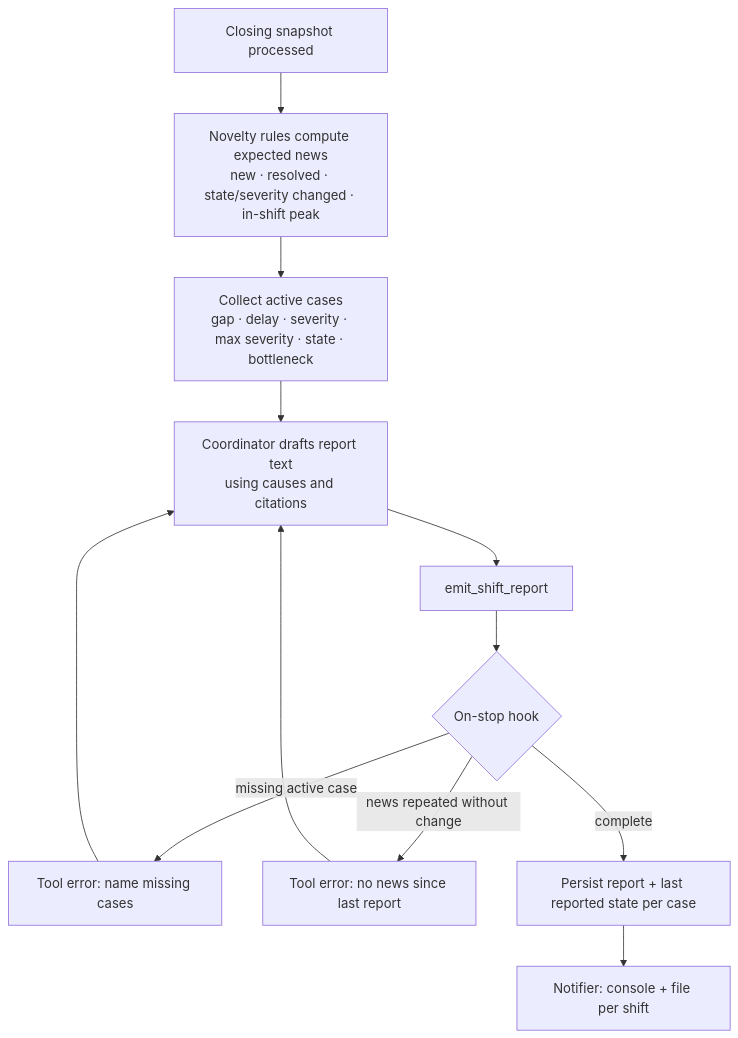
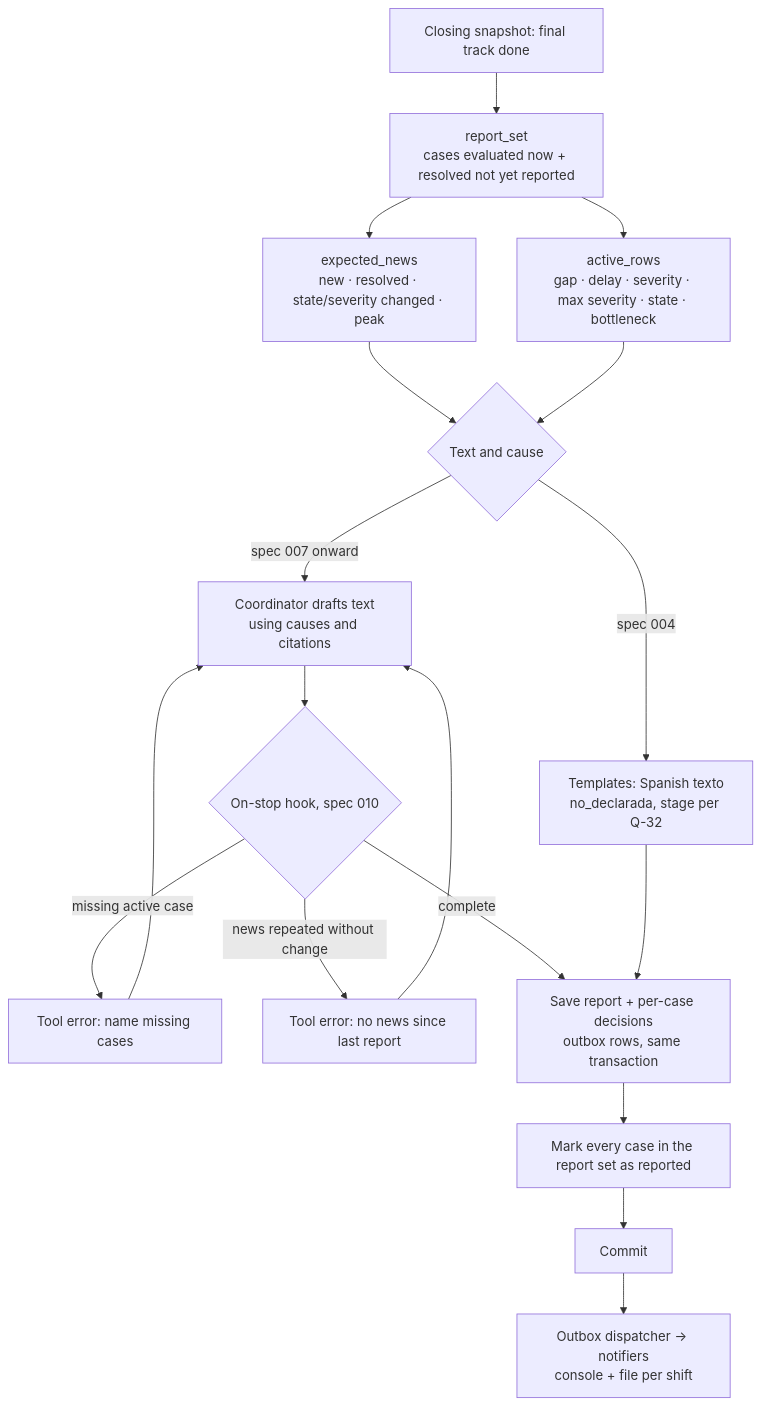
The diagram in docs/diagrams/shift-close.md (mateo-velasquez/Plant-supervisory-agent), drawn with Mermaid before and after one commit. The commit also changed other lines of this file and 6 other files, not shown here.

Commit message:
docs(004): update structure, diagrams and roadmap; spec implemented (T14)

````diff
--- a/docs/diagrams/shift-close.md
+++ b/docs/diagrams/shift-close.md
@@ -3,12 +3,18 @@
 ```mermaid
 flowchart TD
-    close[Closing snapshot processed] --> news[Novelty rules compute expected news<br/>new · resolved · state/severity changed · in-shift peak]
-    news --> active[Collect active cases<br/>gap · delay · severity · max severity · state · bottleneck]
-    active --> agent[Coordinator drafts report text<br/>using causes and citations]
-    agent --> submit[emit_shift_report]
-    submit --> stop{On-stop hook}
+    close[Closing snapshot: final track done] --> set[report_set<br/>cases evaluated now + resolved not yet reported]
+    set --> news[expected_news<br/>new · resolved · state/severity changed · peak]
+    set --> active[active_rows<br/>gap · delay · severity · max severity · state · bottleneck]
+    news --> text{Text and cause}
+    active --> text
+    text -- spec 004 --> tmpl[Templates: Spanish texto<br/>no_declarada, stage per Q-32]
+    text -- spec 007 onward --> agent[Coordinator drafts text<br/>using causes and citations]
+    agent --> stop{On-stop hook, spec 010}
     stop -- missing active case --> reject[Tool error: name missing cases] --> agent
     stop -- news repeated without change --> reject2[Tool error: no news since last report] --> agent
-    stop -- complete --> persist[Persist report + last reported state per case]
-    persist --> out[Notifier: console + file per shift]
+    stop -- complete --> save
+    tmpl --> save[Save report + per-case decisions<br/>outbox rows, same transaction]
+    save --> mark[Mark every case in the report set as reported]
+    mark --> commit[Commit]
+    commit --> out[Outbox dispatcher → notifiers<br/>console + file per shift]
 ```
````
